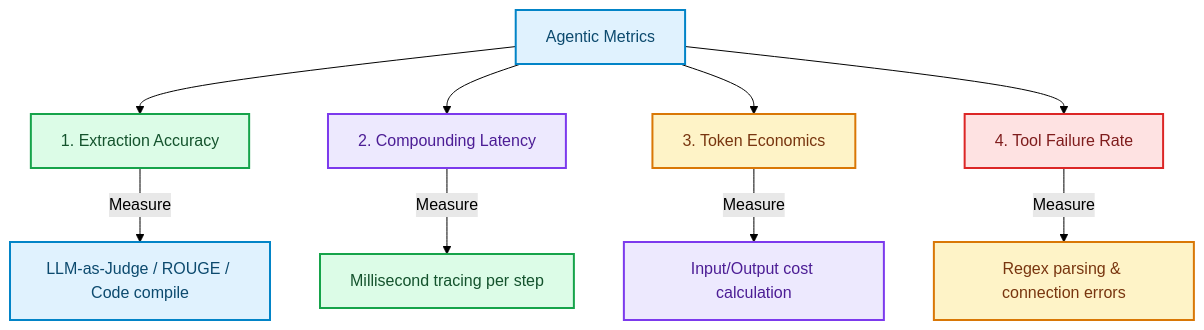
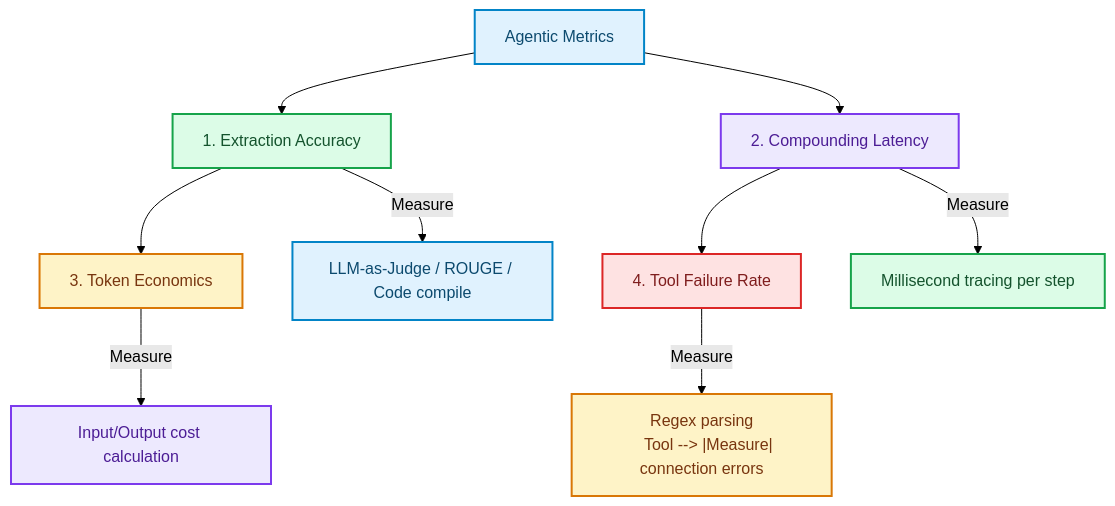
One commit to akmalkhaniub/akmalkhaniub.github.io changed the diagram in blog/posts/multi-agent-evals-at-scale.md. Above: the diagram before and after it, drawn with Mermaid (forest theme). The commit also changed other lines of this file and 894 other files, not shown here.

Commit message:
feat(blog): upgrade all 444 posts with unique staggered dates, 2-col Mermaid spines, benchmark tables, code blocks, and trade-offs

````diff
--- a/blog/posts/multi-agent-evals-at-scale.md
+++ b/blog/posts/multi-agent-evals-at-scale.md
@@ -20,23 +20,24 @@
 ```mermaid
 flowchart TD
     Metric["Agentic Metrics"] --> Acc["1. Extraction Accuracy"]
     Metric --> Lat["2. Compounding Latency"]
-    Metric --> Cost["3. Token Economics"]
-    Metric --> Tool["4. Tool Failure Rate"]
+    Acc --> Cost["3. Token Economics"]
+    Lat --> Tool["4. Tool Failure Rate"]
     
     Acc -->|Measure| LLMJudge["LLM-as-Judge / ROUGE / Code compile"]
     Lat -->|Measure| LatencyGate["Millisecond tracing per step"]
     Cost -->|Measure| TokenBill["Input/Output cost calculation"]
-    Tool -->|Measure| ErrorRate["Regex parsing & connection errors"]
+    Tool --> |Measure| ErrorRate["Regex parsing
+    Tool --> |Measure| connection errors"]
 
 classDef green fill:#dcfce7,stroke:#16a34a,stroke-width:2px,color:#14532d;
 classDef red fill:#fee2e2,stroke:#dc2626,stroke-width:2px,color:#7f1d1d;
 classDef blue fill:#e0f2fe,stroke:#0284c7,stroke-width:2px,color:#0c4a6e;
 classDef yellow fill:#fef3c7,stroke:#d97706,stroke-width:2px,color:#78350f;
 classDef purple fill:#ede9fe,stroke:#7c3aed,stroke-width:2px,color:#4c1d95;
 class Metric,LLMJudge blue
 class Acc,LatencyGate green
 class Lat,TokenBill purple
 class Cost,ErrorRate yellow
 class Tool red
 ```
````
